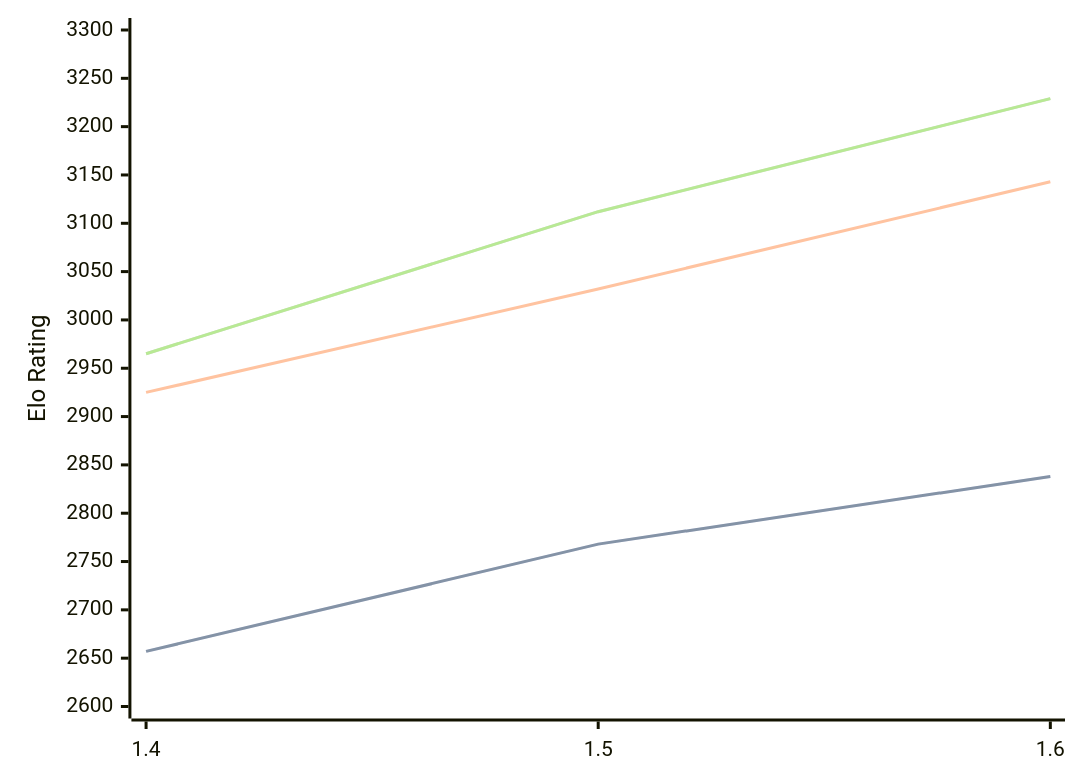
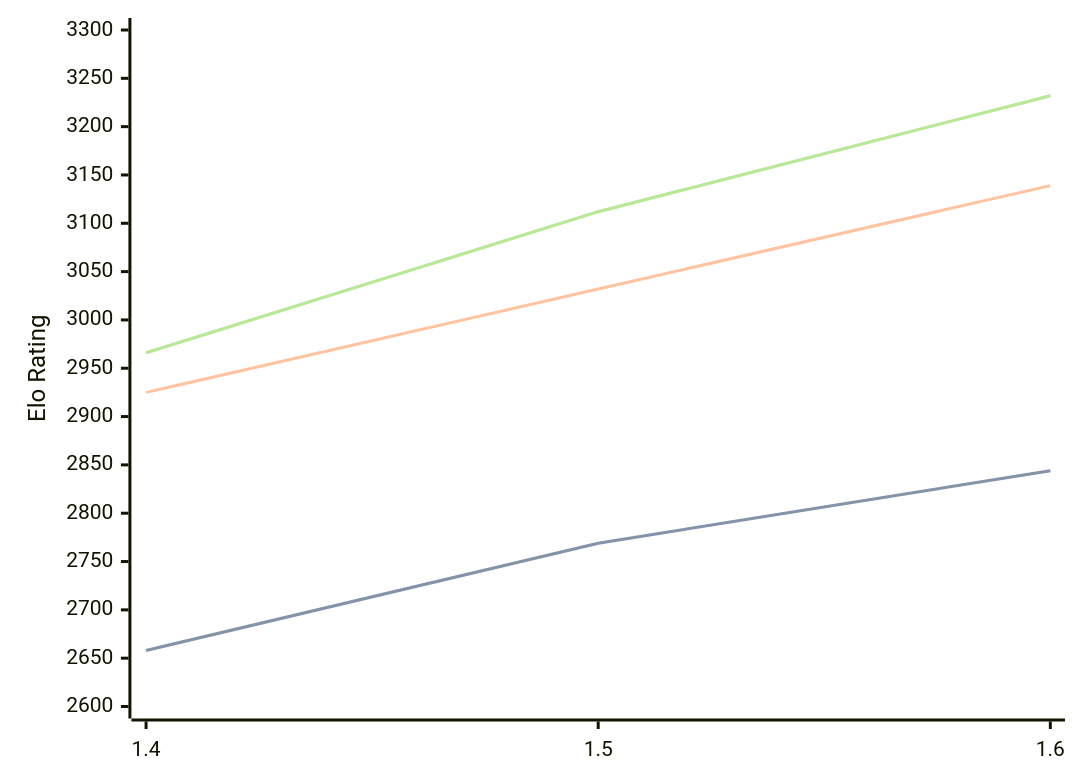
One commit to computer-chess-index/cci changed the diagram in engines/Yakka.md. Above: the diagram before and after it, drawn with Mermaid. The commit also changed other lines of this file, not shown here.

Commit message:
Update CCI Ratings (ELO VLTC) - 2026-10-08

````diff
--- a/engines/Yakka.md
+++ b/engines/Yakka.md
@@ -33,11 +33,11 @@
 ```mermaid
 %%{init: {"theme":"base","themeVariables":{"seriesColors:['#a3a3a3','#222221','#faa371']}}}%%
 xychart-beta
   x-axis ["1.4", "1.5", "1.6"]
   y-axis "Elo Rating" 2600 --> 3300
-  line "" [2657, 2768, 2838]
-  line "STC (8.0+0.08s)" [2657, 2768, 2838]
-  line "LTC (60.0+0.60s)" [2925, 3032, 3143]
-  line "" [2965, 3112, 3229]
-  line "VLTC (2m24s+1.12s)" [2965, 3112, 3229]
+  line "" [2658, 2769, 2844]
+  line "STC (8.0+0.08s)" [2658, 2769, 2844]
+  line "LTC (60.0+0.60s)" [2925, 3032, 3139]
+  line "" [2966, 3112, 3232]
+  line "VLTC (2m24s+1.12s)" [2966, 3112, 3232]
 ```
````
